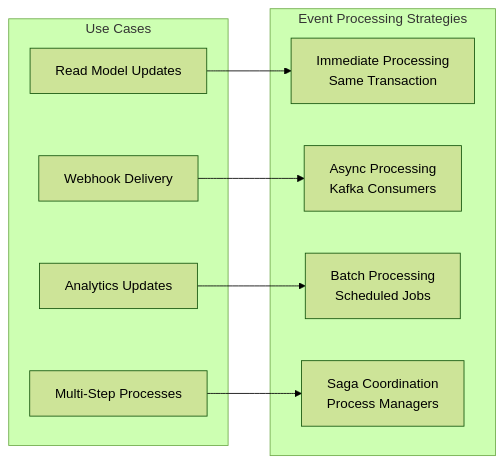
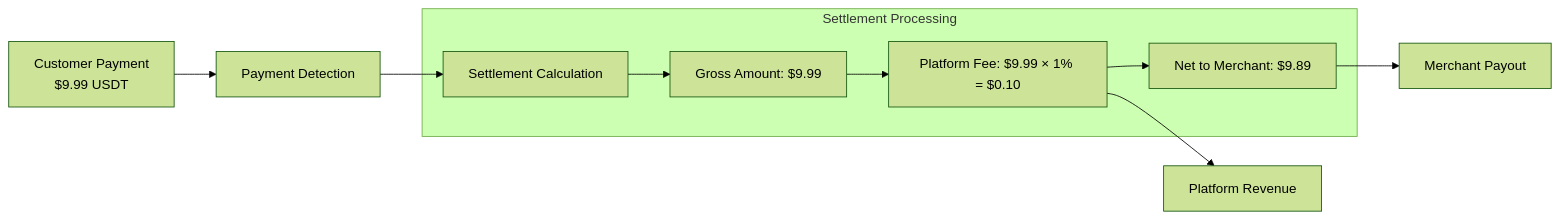
The fourth of 6 diagrams in docs/ARCH.md (smirnoffmg/crypto-checkout), drawn with Mermaid (forest theme) before and after one commit. The commit also changed other lines of this file and 11 other files, not shown here.

````diff
--- a/docs/ARCH.md
+++ b/docs/ARCH.md
@@ -161,21 +199,14 @@
 ```mermaid
 graph LR
-    subgraph "Event Processing Strategies"
-        IMMEDIATE[Immediate Processing<br/>Same Transaction]
-        ASYNC[Async Processing<br/>Kafka Consumers]
-        BATCH[Batch Processing<br/>Scheduled Jobs]
-        SAGA[Saga Coordination<br/>Process Managers]
+    PAYMENT[Customer Payment<br/>$9.99 USDT] --> DETECTION[Payment Detection]
+    DETECTION --> SETTLEMENT[Settlement Calculation]
+    
+    subgraph "Settlement Processing"
+        SETTLEMENT --> GROSS[Gross Amount: $9.99]
+        GROSS --> FEE_CALC[Platform Fee: $9.99 × 1% = $0.10]
+        FEE_CALC --> NET[Net to Merchant: $9.89]
     end
     
-    subgraph "Use Cases"
-        READ_UPDATE[Read Model Updates]
-        WEBHOOK_DELIVER[Webhook Delivery]
-        ANALYTICS[Analytics Updates]
-        COMPLEX_FLOW[Multi-Step Processes]
-    end
-    
-    READ_UPDATE --> IMMEDIATE
-    WEBHOOK_DELIVER --> ASYNC
-    ANALYTICS --> BATCH
-    COMPLEX_FLOW --> SAGA
+    NET --> PAYOUT[Merchant Payout]
+    FEE_CALC --> PLATFORM[Platform Revenue]
 ```
````
